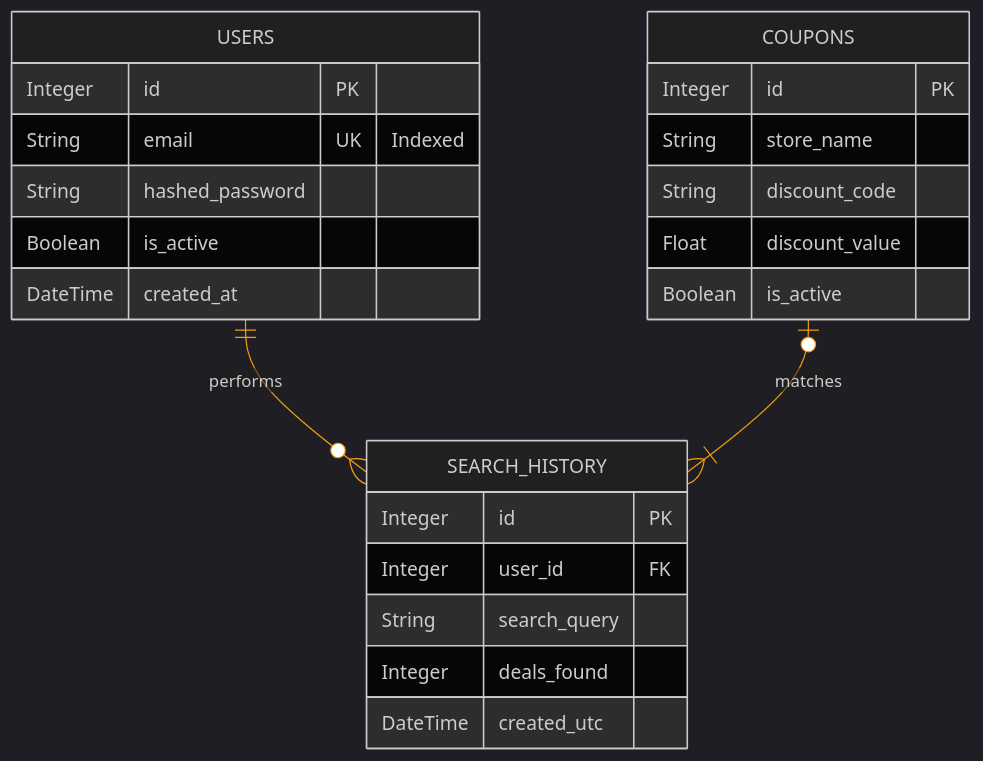
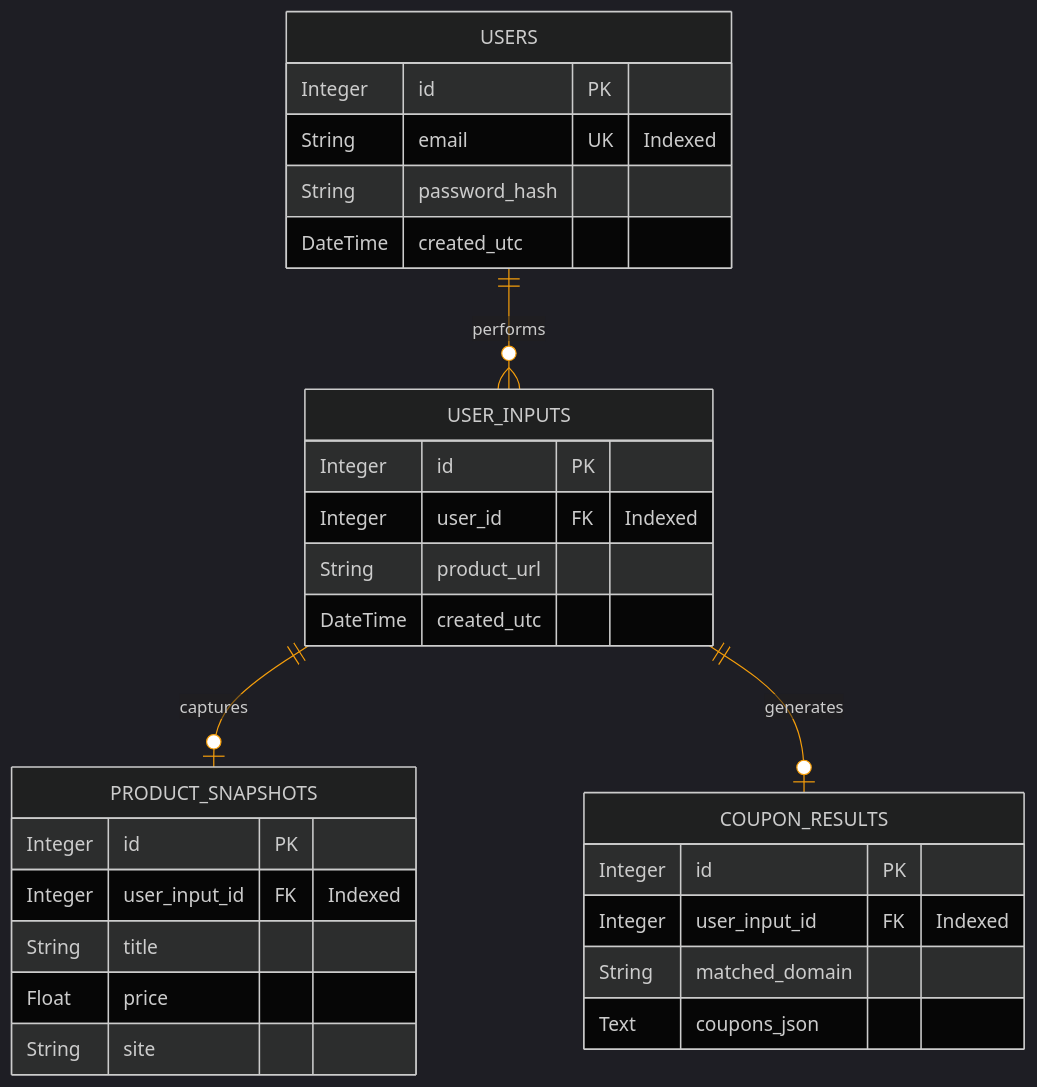
The third of 3 diagrams in SystemModelling.md (SriVigneswaran7/Honey-Hive), drawn with Mermaid before and after one commit. The commit also changed other lines of this file, not shown here.

````diff
--- a/SystemModelling.md
+++ b/SystemModelling.md
@@ -177,38 +180,44 @@
 ```mermaid
 %%{init: {
   'theme': 'dark',
   'themeVariables': {
     'fontFamily': 'sans-serif',
     'background': 'transparent',
     'lineColor': '#f59e0b'
   }
 }}%%
 erDiagram
     %% Relationship links defined first to optimise Mermaid's automatic spacing
-    USERS ||--o{ SEARCH_HISTORY : "performs"
-    COUPONS |o--|{ SEARCH_HISTORY : "matches"
+    USERS ||--o{ USER_INPUTS : "performs"
+    USER_INPUTS ||--o| PRODUCT_SNAPSHOTS : "captures"
+    USER_INPUTS ||--o| COUPON_RESULTS : "generates"
 
     USERS {
         Integer id PK
         String email UK "Indexed"
-        String hashed_password
-        Boolean is_active
-        DateTime created_at
-    }
-
-    SEARCH_HISTORY {
-        Integer id PK
-        Integer user_id FK
-        String search_query
-        Integer deals_found
+        String password_hash
         DateTime created_utc
     }
 
-    COUPONS {
+    USER_INPUTS {
         Integer id PK
-        String store_name
-        String discount_code
-        Float discount_value
-        Boolean is_active
+        Integer user_id FK "Indexed"
+        String product_url
+        DateTime created_utc
+    }
+
+    PRODUCT_SNAPSHOTS {
+        Integer id PK
+        Integer user_input_id FK "Indexed"
+        String title
+        Float price
+        String site
+    }
+    
+    COUPON_RESULTS {
+        Integer id PK
+        Integer user_input_id FK "Indexed"
+        String matched_domain
+        Text coupons_json
     }
 ```
````
